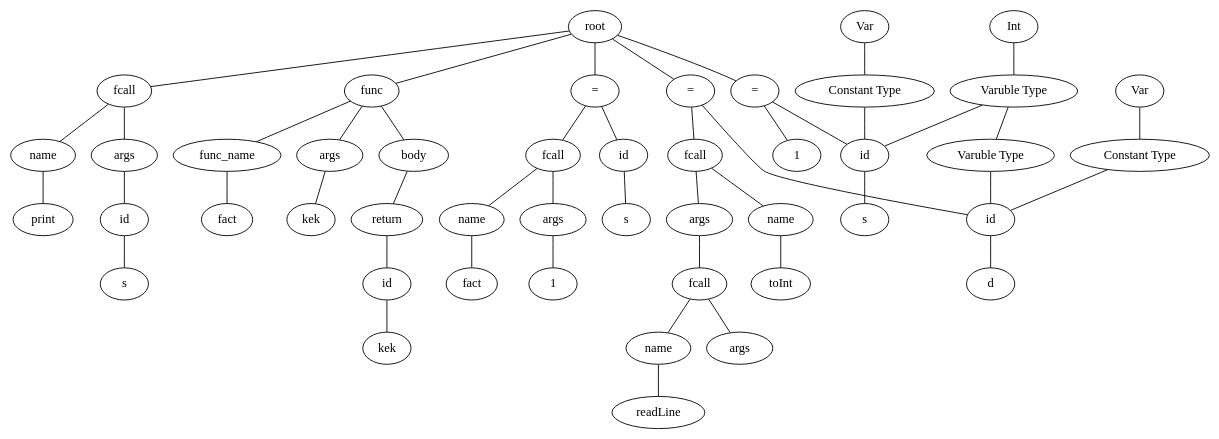
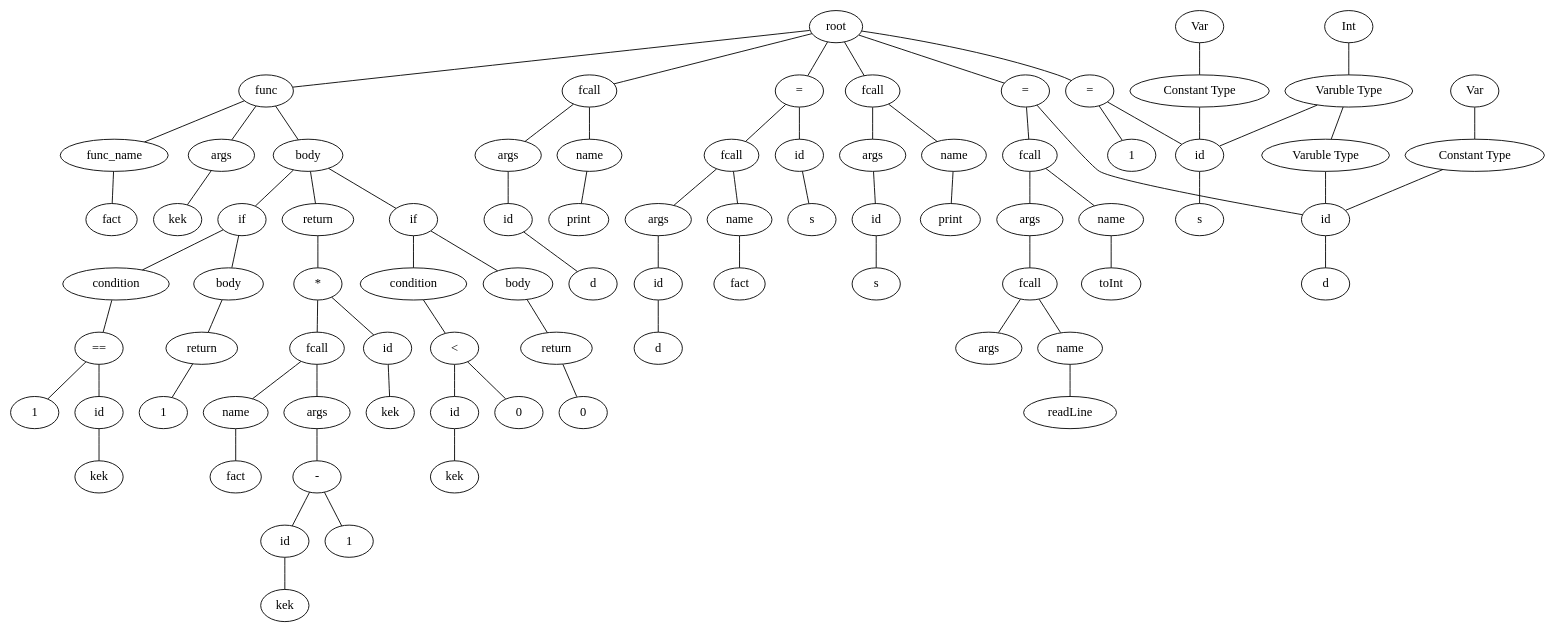
The diagram in build/file.dot (TAIIOK/SwiftCompilerToJavaByteCode), drawn with Graphviz before and after one commit. The commit also changed 11 other files, not shown here.

```diff
--- a/build/file.dot
+++ b/build/file.dot
@@ -1,95 +1,161 @@
 graph graphname {
 root;
 func0[label = "func"];
 root--func0;
 func0name[label = "func_name"];
 expr0[label = "fact"];
 func0name--expr0;
 func0--func0name;
 func0args[label = " args "];
 func0 -- func0args;
 expr1[label = "kek"];
 func0args--expr1;
 func0body[label = " body "];
 func0 -- func0body;
+if0[label = "if"];
+func0body--if0;if0condition[label = " condition "];
+if0 -- if0condition;
+expr2[label = "<"];
+if0condition--expr2;
+expr3[label = "id"];
+expr2--expr3;
+expr4[label = "kek"];
+expr3--expr4;
+expr5[label = "0"];
+expr2--expr5;
+if0body[label = " body "];
+if0 -- if0body;
 return0[label = "return"];
-func0body--return0;
-expr2[label = "id"];
-return0--expr2;
-expr3[label = "kek"];
-expr2--expr3;
-assign1[label = "="];
-root--assign1;
-expr4[label = "id"];
-assign1--expr4;
-type0[label = "Varuble Type"];
-type0--expr4;
-type1[label = "Void"];
-type1--type0;
-consttype0[label = "Constant Type"];
-consttype0--expr4;
-consttype1[label = "Var"];
-consttype1--consttype0;
-expr5[label = "d"];
-expr4--expr5;
-expr6[label = "fcall"];
-assign1--expr6;
-expr6name[label = "name"];
-expr7[label = "toInt"];
-expr6name--expr7;
-expr6--expr6name;
-expr6args[label = " args "];
-expr6 -- expr6args;
-expr8[label = "fcall"];
-expr6args--expr8;
-expr8name[label = "name"];
-expr9[label = "readLine"];
-expr8name--expr9;
-expr8--expr8name;
-expr8args[label = " args "];
-expr8 -- expr8args;
-assign2[label = "="];
-root--assign2;
-expr10[label = "id"];
-assign2--expr10;
-type1[label = "Varuble Type"];
-type1--expr10;
-type2[label = "Int"];
-type2--type1;
-consttype2[label = "Constant Type"];
-consttype2--expr10;
-consttype3[label = "Var"];
-consttype3--consttype2;
-expr11[label = "s"];
-expr10--expr11;
-expr12[label = "1"];
-assign2--expr12;
-assign3[label = "="];
-root--assign3;
+if0body--return0;
+expr6[label = "0"];
+return0--expr6;
+if1[label = "if"];
+func0body--if1;if1condition[label = " condition "];
+if1 -- if1condition;
+expr7[label = "=="];
+if1condition--expr7;
+expr8[label = "id"];
+expr7--expr8;
+expr9[label = "kek"];
+expr8--expr9;
+expr10[label = "1"];
+expr7--expr10;
+if1body[label = " body "];
+if1 -- if1body;
+return1[label = "return"];
+if1body--return1;
+expr11[label = "1"];
+return1--expr11;
+return2[label = "return"];
+func0body--return2;
+expr12[label = "*"];
+return2--expr12;
 expr13[label = "id"];
-assign3--expr13;
-expr14[label = "s"];
+expr12--expr13;
+expr14[label = "kek"];
 expr13--expr14;
 expr15[label = "fcall"];
-assign3--expr15;
+expr12--expr15;
 expr15name[label = "name"];
 expr16[label = "fact"];
 expr15name--expr16;
 expr15--expr15name;
 expr15args[label = " args "];
 expr15 -- expr15args;
-expr17[label = "1"];
+expr17[label = "-"];
 expr15args--expr17;
-expr18[label = "fcall"];
-root--expr18;
-expr18name[label = "name"];
-expr19[label = "print"];
-expr18name--expr19;
-expr18--expr18name;
-expr18args[label = " args "];
-expr18 -- expr18args;
-expr20[label = "id"];
-expr18args--expr20;
-expr21[label = "s"];
-expr20--expr21;
+expr18[label = "id"];
+expr17--expr18;
+expr19[label = "kek"];
+expr18--expr19;
+expr20[label = "1"];
+expr17--expr20;
+assign3[label = "="];
+root--assign3;
+expr21[label = "id"];
+assign3--expr21;
+type0[label = "Varuble Type"];
+type0--expr21;
+type1[label = "Void"];
+type1--type0;
+consttype0[label = "Constant Type"];
+consttype0--expr21;
+consttype1[label = "Var"];
+consttype1--consttype0;
+expr22[label = "d"];
+expr21--expr22;
+expr23[label = "fcall"];
+assign3--expr23;
+expr23name[label = "name"];
+expr24[label = "toInt"];
+expr23name--expr24;
+expr23--expr23name;
+expr23args[label = " args "];
+expr23 -- expr23args;
+expr25[label = "fcall"];
+expr23args--expr25;
+expr25name[label = "name"];
+expr26[label = "readLine"];
+expr25name--expr26;
+expr25--expr25name;
+expr25args[label = " args "];
+expr25 -- expr25args;
+assign4[label = "="];
+root--assign4;
+expr27[label = "id"];
+assign4--expr27;
+type1[label = "Varuble Type"];
+type1--expr27;
+type2[label = "Int"];
+type2--type1;
+consttype2[label = "Constant Type"];
+consttype2--expr27;
+consttype3[label = "Var"];
+consttype3--consttype2;
+expr28[label = "s"];
+expr27--expr28;
+expr29[label = "1"];
+assign4--expr29;
+expr30[label = "fcall"];
+root--expr30;
+expr30name[label = "name"];
+expr31[label = "print"];
+expr30name--expr31;
+expr30--expr30name;
+expr30args[label = " args "];
+expr30 -- expr30args;
+expr32[label = "id"];
+expr30args--expr32;
+expr33[label = "d"];
+expr32--expr33;
+assign5[label = "="];
+root--assign5;
+expr34[label = "id"];
+assign5--expr34;
+expr35[label = "s"];
+expr34--expr35;
+expr36[label = "fcall"];
+assign5--expr36;
+expr36name[label = "name"];
+expr37[label = "fact"];
+expr36name--expr37;
+expr36--expr36name;
+expr36args[label = " args "];
+expr36 -- expr36args;
+expr38[label = "id"];
+expr36args--expr38;
+expr39[label = "d"];
+expr38--expr39;
+expr40[label = "fcall"];
+root--expr40;
+expr40name[label = "name"];
+expr41[label = "print"];
+expr40name--expr41;
+expr40--expr40name;
+expr40args[label = " args "];
+expr40 -- expr40args;
+expr42[label = "id"];
+expr40args--expr42;
+expr43[label = "s"];
+expr42--expr43;
 }
```
